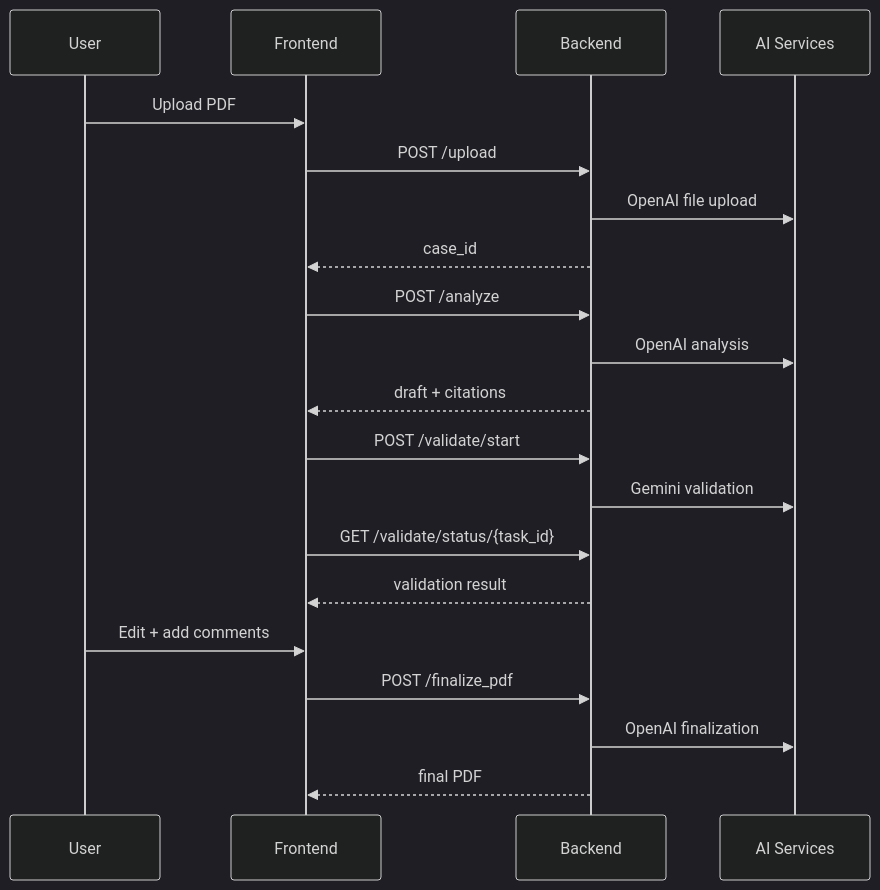
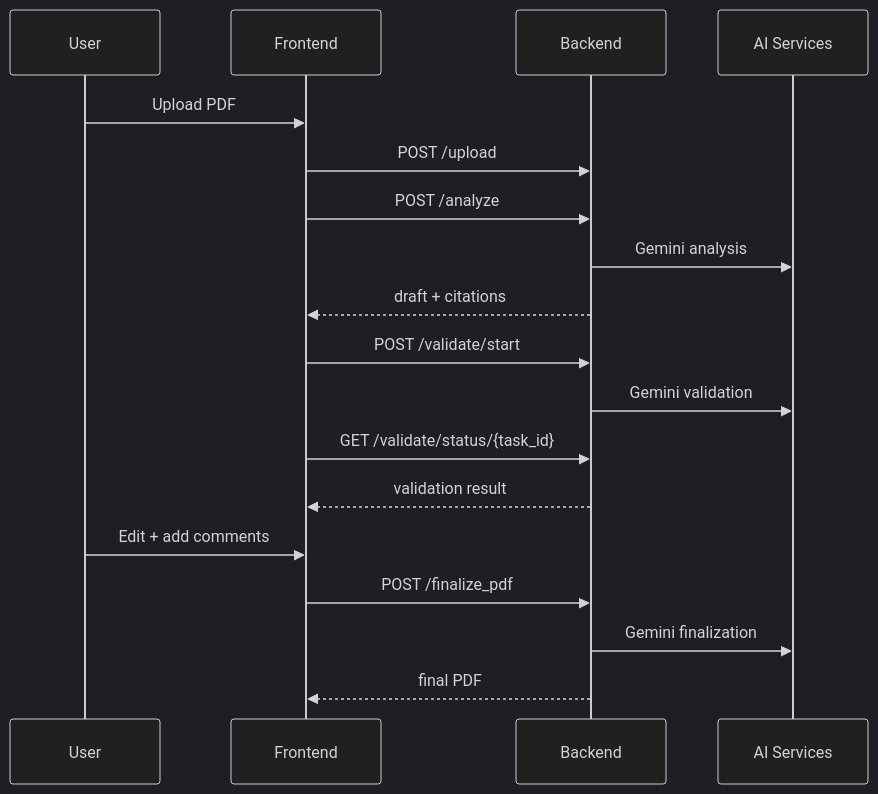
One commit to sahaanirbannew/ai_legal_drafter changed the third of 3 diagrams in DOCUMENTATION.md. Above: the diagram before and after it, drawn with Mermaid (dark theme). The commit also changed other lines of this file and 14 other files, not shown here.

````diff
--- a/DOCUMENTATION.md
+++ b/DOCUMENTATION.md
@@ -306,26 +320,23 @@
 ```mermaid
 sequenceDiagram
     participant U as User
     participant FE as Frontend
     participant BE as Backend
     participant AI as AI Services
 
     U->>FE: Upload PDF
     FE->>BE: POST /upload
-    BE->>AI: OpenAI file upload
-    BE-->>FE: case_id
-
     FE->>BE: POST /analyze
-    BE->>AI: OpenAI analysis
+    BE->>AI: Gemini analysis
     BE-->>FE: draft + citations
 
     FE->>BE: POST /validate/start
     BE->>AI: Gemini validation
     FE->>BE: GET /validate/status/{task_id}
     BE-->>FE: validation result
 
     U->>FE: Edit + add comments
     FE->>BE: POST /finalize_pdf
-    BE->>AI: OpenAI finalization
+    BE->>AI: Gemini finalization
     BE-->>FE: final PDF
 ```
````
